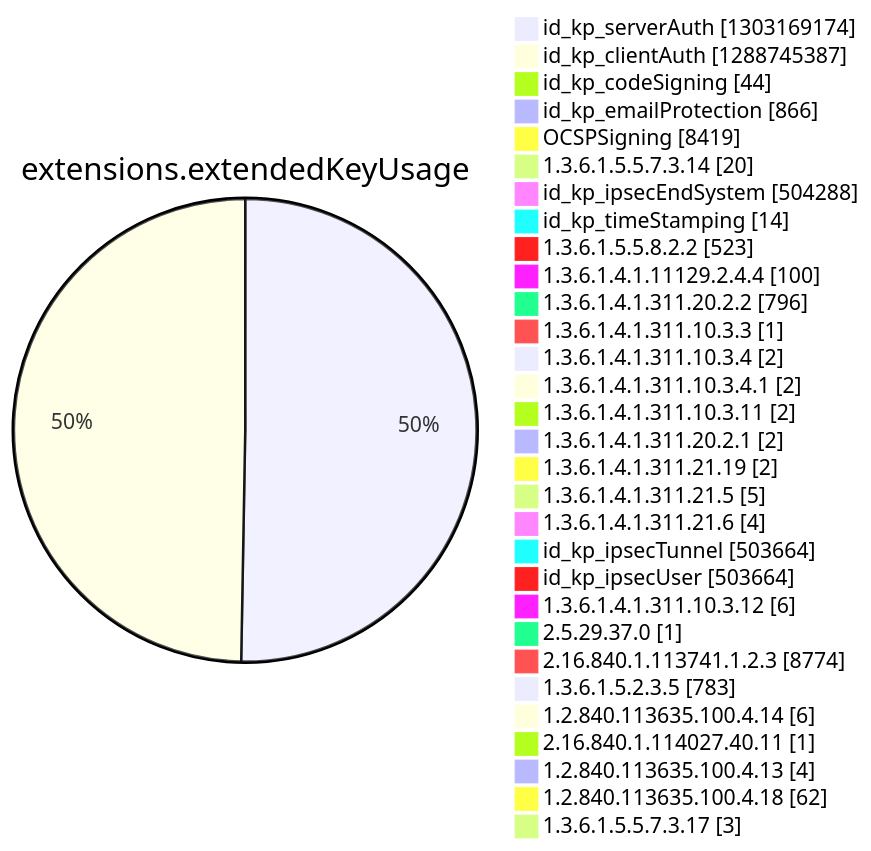
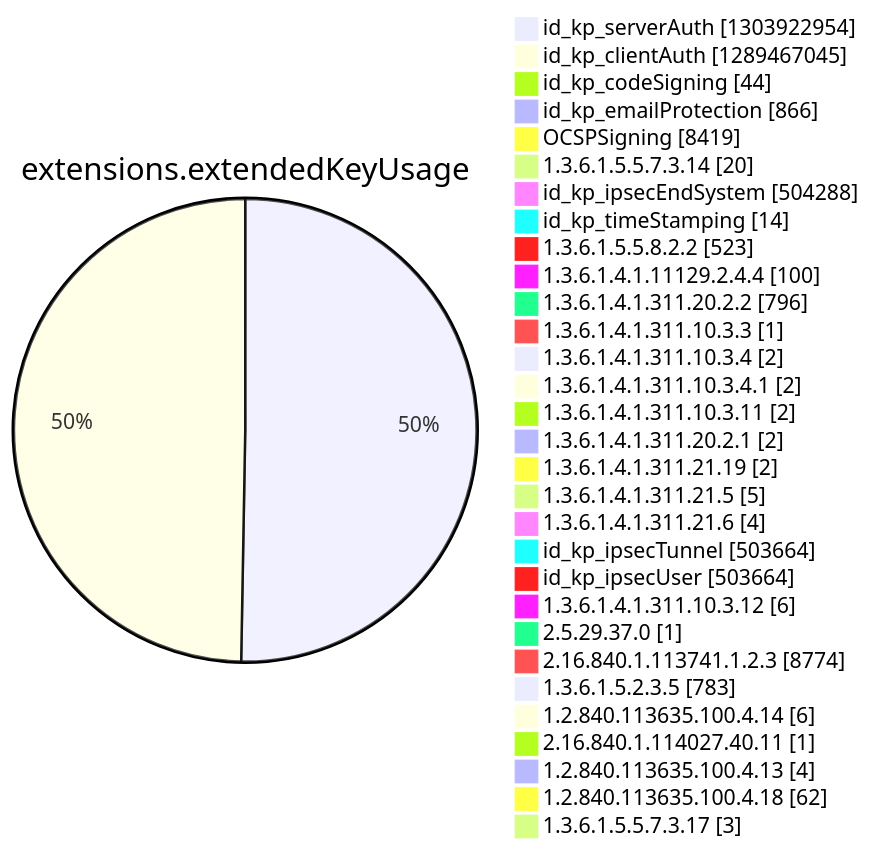
Before and after one commit to christiankrug/ctmonitor_visualization: diagram 12 of 15 in argon2022/README.md, drawn with Mermaid. The commit also changed other lines of this file, not shown here.

````diff
--- a/argon2022/README.md
+++ b/argon2022/README.md
@@ -3551,34 +3551,34 @@
 ```mermaid
 pie showData
 title extensions.extendedKeyUsage
-"id_kp_serverAuth" :1303169174
-"id_kp_clientAuth" :1288745387
+"id_kp_serverAuth" :1303922954
+"id_kp_clientAuth" :1289467045
 "id_kp_codeSigning" :44
 "id_kp_emailProtection" :866
 "OCSPSigning" :8419
 "1.3.6.1.5.5.7.3.14" :20
 "id_kp_ipsecEndSystem" :504288
 "id_kp_timeStamping" :14
 "1.3.6.1.5.5.8.2.2" :523
 "1.3.6.1.4.1.11129.2.4.4" :100
 "1.3.6.1.4.1.311.20.2.2" :796
 "1.3.6.1.4.1.311.10.3.3" :1
 "1.3.6.1.4.1.311.10.3.4" :2
 "1.3.6.1.4.1.311.10.3.4.1" :2
 "1.3.6.1.4.1.311.10.3.11" :2
 "1.3.6.1.4.1.311.20.2.1" :2
 "1.3.6.1.4.1.311.21.19" :2
 "1.3.6.1.4.1.311.21.5" :5
 "1.3.6.1.4.1.311.21.6" :4
 "id_kp_ipsecTunnel" :503664
 "id_kp_ipsecUser" :503664
 "1.3.6.1.4.1.311.10.3.12" :6
 "2.5.29.37.0" :1
 "2.16.840.1.113741.1.2.3" :8774
 "1.3.6.1.5.2.3.5" :783
 "1.2.840.113635.100.4.14" :6
 "2.16.840.1.114027.40.11" :1
 "1.2.840.113635.100.4.13" :4
 "1.2.840.113635.100.4.18" :62
 "1.3.6.1.5.5.7.3.17" :3
 ```
````
